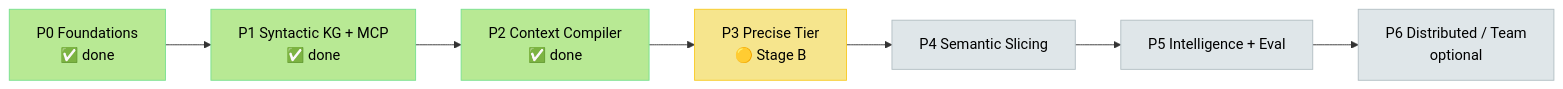
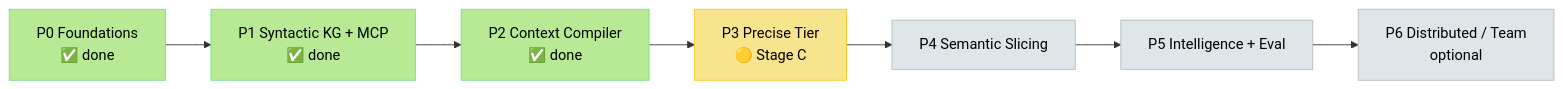
The first of 2 diagrams in docs/planning/TASKS-AND-PROGRESS.md (Md-Jazbee/prism), drawn with Mermaid before and after one commit. The commit also changed other lines of this file and 21 other files, not shown here.

````diff
--- a/docs/planning/TASKS-AND-PROGRESS.md
+++ b/docs/planning/TASKS-AND-PROGRESS.md
@@ -26,17 +26,17 @@
 ```mermaid
 flowchart LR
     P0[P0 Foundations<br/>✅ done] --> P1[P1 Syntactic KG + MCP<br/>✅ done]
     P1 --> P2[P2 Context Compiler<br/>✅ done]
-    P2 --> P3[P3 Precise Tier<br/>🟡 Stage B]
+    P2 --> P3[P3 Precise Tier<br/>🟡 Stage C]
     P3 --> P4[P4 Semantic Slicing]
     P4 --> P5[P5 Intelligence + Eval]
     P5 --> P6[P6 Distributed / Team<br/>optional]
 
     style P0 fill:#b8e994,stroke:#78e08f,color:#000
     style P1 fill:#b8e994,stroke:#78e08f,color:#000
     style P2 fill:#b8e994,stroke:#78e08f,color:#000
     style P3 fill:#f6e58d,stroke:#f9ca24,color:#000
     style P4 fill:#dfe6e9,stroke:#b2bec3,color:#000
     style P5 fill:#dfe6e9,stroke:#b2bec3,color:#000
     style P6 fill:#dfe6e9,stroke:#b2bec3,color:#000
 ```
````
